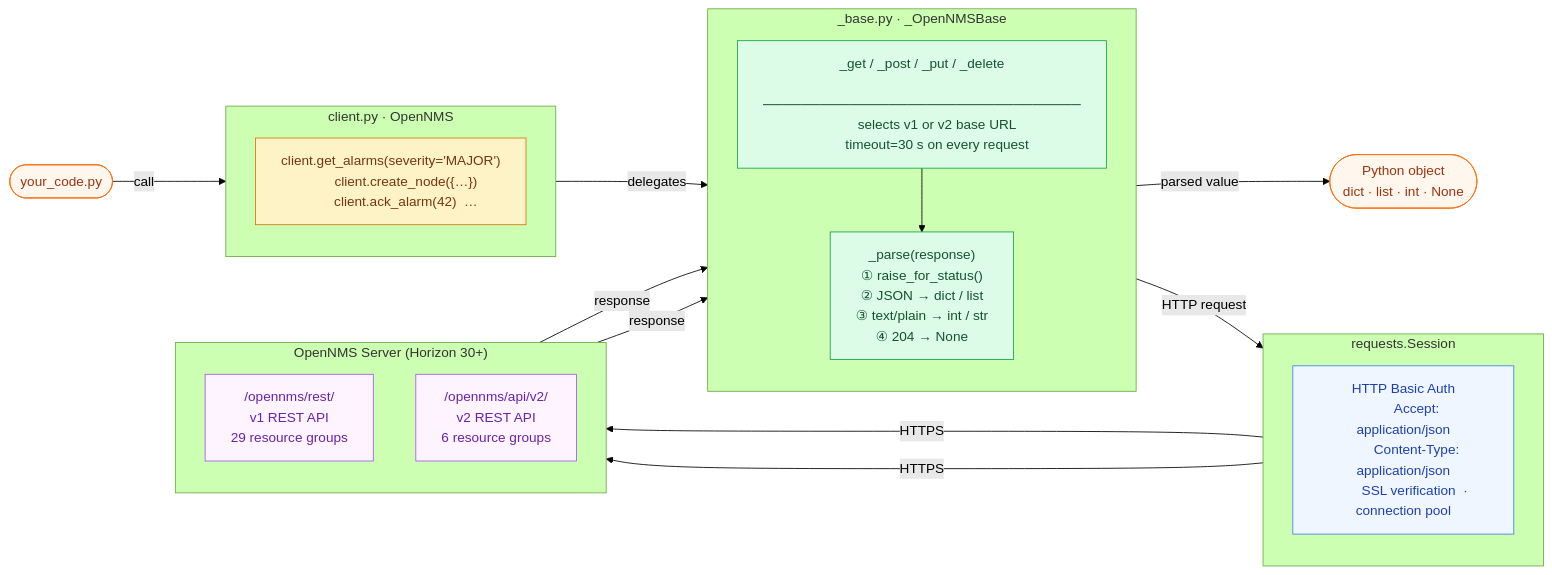
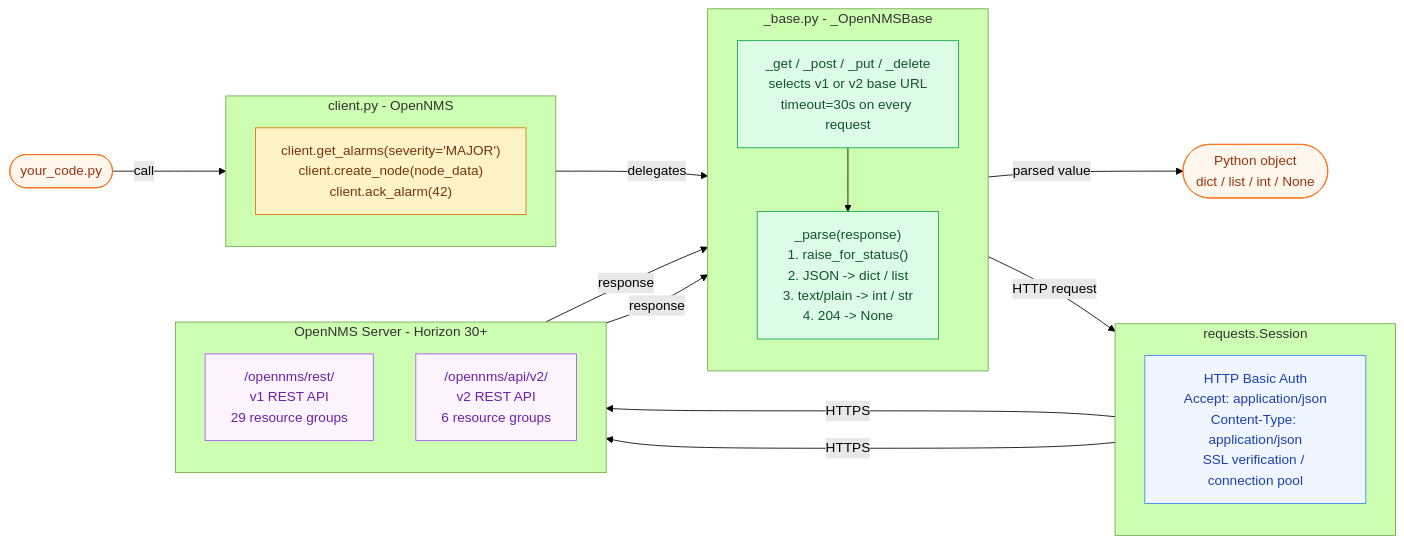
The second of 2 diagrams in MERMAID.md (cnewkirk/opennms-api-wrapper), drawn with Mermaid (forest theme) before and after one commit. The commit also changed other lines of this file, not shown here.

Commit message:
Fix Mermaid diagrams for GitHub renderer compatibility
Replace literal newlines in node labels with br tags; remove
Unicode special characters that older Mermaid versions reject.

````diff
--- a/MERMAID.md
+++ b/MERMAID.md
@@ -118,65 +113,48 @@
 ```mermaid
 flowchart LR
     code(["your_code.py"])
 
-    subgraph client_layer["client.py  ·  OpenNMS"]
-        method["client.get_alarms(severity='MAJOR')
-        client.create_node({…})
-        client.ack_alarm(42)  …"]
+    subgraph client_layer["client.py - OpenNMS"]
+        method["client.get_alarms(severity='MAJOR')<br/>client.create_node(node_data)<br/>client.ack_alarm(42)"]
     end
 
-    subgraph base_layer["_base.py  ·  _OpenNMSBase"]
+    subgraph base_layer["_base.py - _OpenNMSBase"]
         direction TB
-        helpers["_get / _post / _put / _delete
-        ─────────────────────────────────
-        selects v1 or v2 base URL
-        timeout=30 s on every request"]
-        parse["_parse(response)
-        ① raise_for_status()
-        ② JSON       →  dict / list
-        ③ text/plain →  int / str
-        ④ 204        →  None"]
+        helpers["_get / _post / _put / _delete<br/>selects v1 or v2 base URL<br/>timeout=30s on every request"]
+        parse["_parse(response)<br/>1. raise_for_status()<br/>2. JSON       -> dict / list<br/>3. text/plain -> int / str<br/>4. 204        -> None"]
         helpers --> parse
     end
 
     subgraph sess_layer["requests.Session"]
-        sess["HTTP Basic Auth
-        Accept: application/json
-        Content-Type: application/json
-        SSL verification  ·  connection pool"]
+        sess["HTTP Basic Auth<br/>Accept: application/json<br/>Content-Type: application/json<br/>SSL verification / connection pool"]
     end
 
-    subgraph api_layer["OpenNMS Server  (Horizon 30+)"]
+    subgraph api_layer["OpenNMS Server - Horizon 30+"]
         direction TB
-        v1["/opennms/rest/
-        v1 REST API
-        29 resource groups"]
-        v2["/opennms/api/v2/
-        v2 REST API
-        6 resource groups"]
+        v1["/opennms/rest/<br/>v1 REST API<br/>29 resource groups"]
+        v2["/opennms/api/v2/<br/>v2 REST API<br/>6 resource groups"]
     end
 
-    result(["Python object
-    dict · list · int · None"])
+    result(["Python object<br/>dict / list / int / None"])
 
     code         -->|"call"| client_layer
     client_layer -->|"delegates"| helpers
     helpers      -->|"HTTP request"| sess_layer
     sess_layer   -->|"HTTPS"| v1
     sess_layer   -->|"HTTPS"| v2
     v1           -->|"response"| parse
     v2           -->|"response"| parse
     parse        -->|"parsed value"| result
 
     classDef user    fill:#fff7ed,stroke:#f97316,color:#9a3412
     classDef client  fill:#fef3c7,stroke:#d97706,color:#78350f
     classDef base    fill:#dcfce7,stroke:#16a34a,color:#14532d
     classDef session fill:#eff6ff,stroke:#3b82f6,color:#1e40af
     classDef api     fill:#fdf4ff,stroke:#a855f7,color:#6b21a8
 
     class code,result user
     class method client
     class helpers,parse base
     class sess session
     class v1,v2 api
 ```
````
